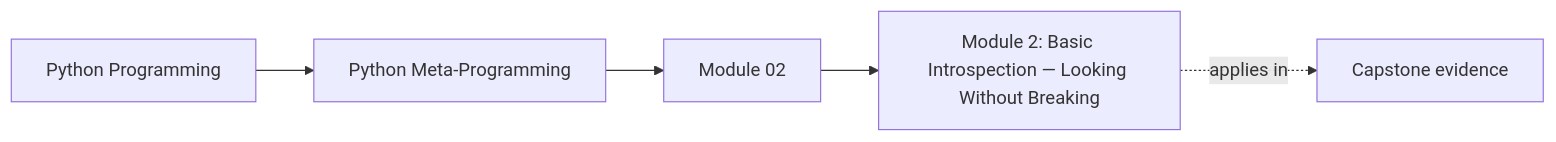
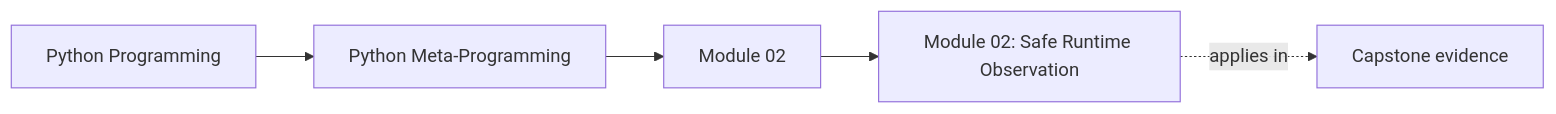
Before and after one commit to bijux/bijux-masterclass: the first of 4 diagrams in programs/python-programming/python-meta-programming/course-book/module-02-safe-runtime-observation/index.md, drawn with Mermaid. The commit also changed other lines of this file and 11 other files, not shown here.

````diff
--- a/programs/python-programming/python-meta-programming/course-book/module-02-safe-runtime-observation/index.md
+++ b/programs/python-programming/python-meta-programming/course-book/module-02-safe-runtime-observation/index.md
@@ -8,11 +8,11 @@
 ```mermaid
 graph LR
   family["Python Programming"]
   program["Python Meta-Programming"]
   section["Module 02"]
-  page["Module 2: Basic Introspection — Looking Without Breaking"]
+  page["Module 02: Safe Runtime Observation"]
   capstone["Capstone evidence"]
 
   family --> program --> section --> page
   page -.applies in.-> capstone
 ```
````
